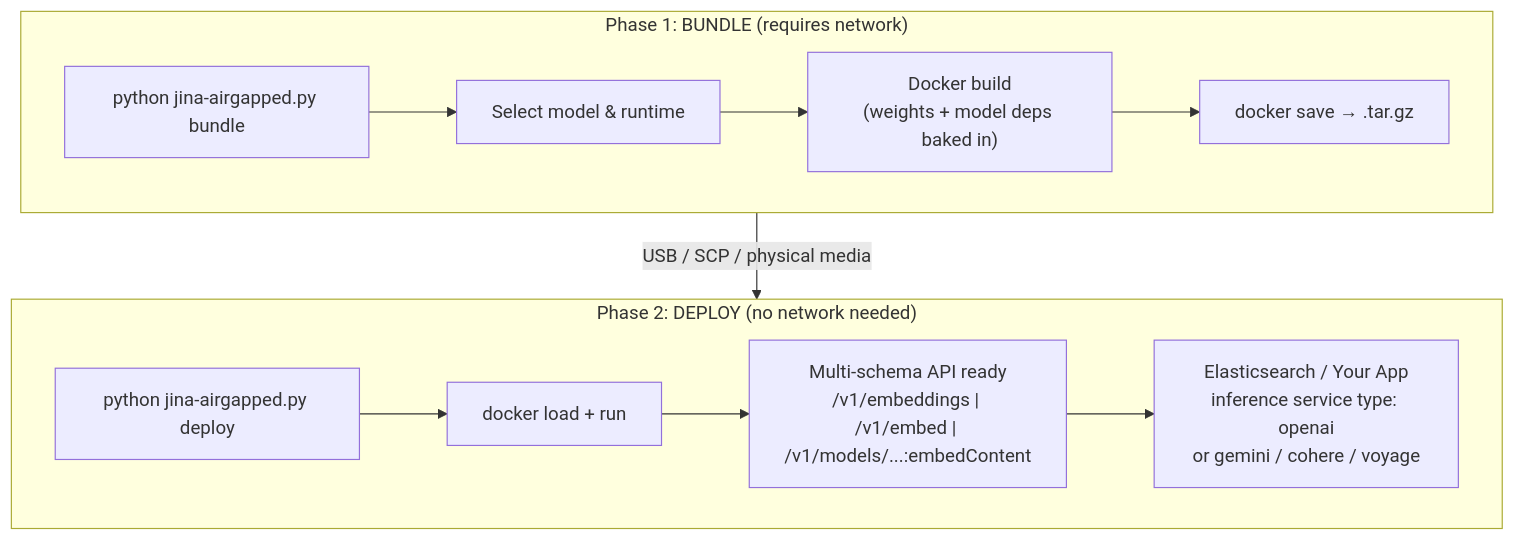
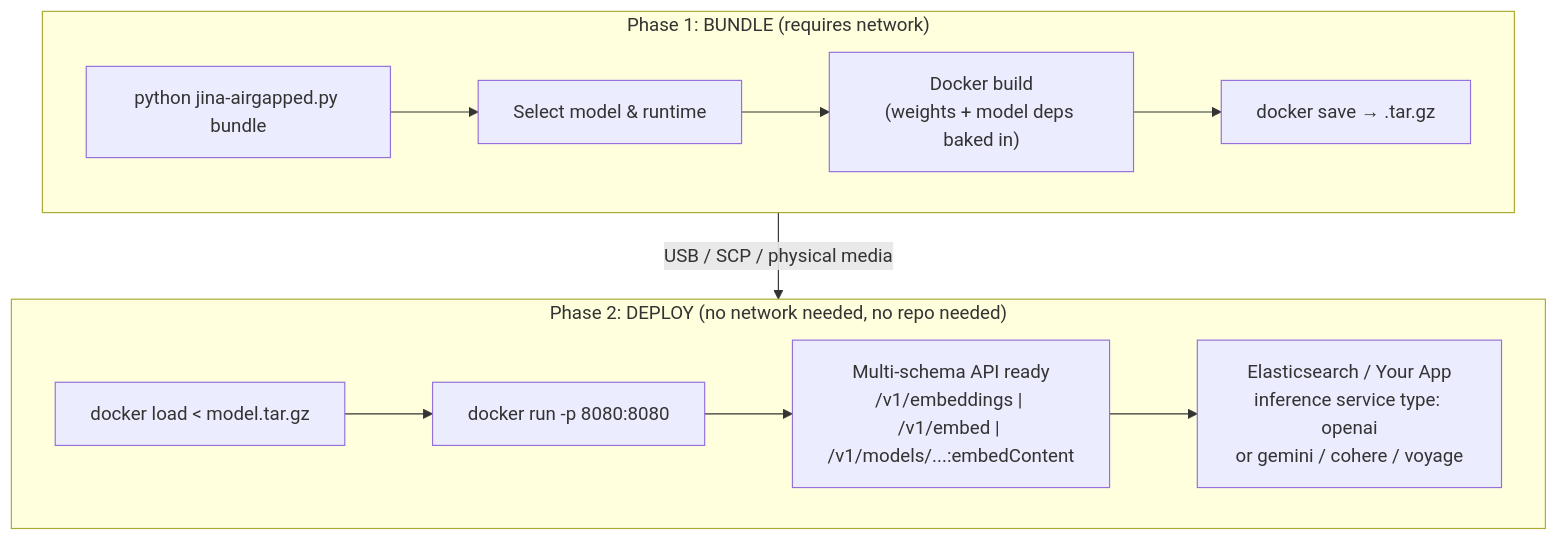
Before and after one commit to jina-ai/jina-on-prem: the diagram in README.md, drawn with Mermaid. The commit also changed other lines of this file and 1 other file, not shown here.

Commit message:
deploy phase: pure docker, no repo/script dependency

````diff
--- a/README.md
+++ b/README.md
@@ -5,16 +5,16 @@
 ```mermaid
 flowchart TB
     subgraph Phase1["Phase 1: BUNDLE (requires network)"]
         A["python jina-airgapped.py bundle"] --> B["Select model & runtime"]
         B --> C["Docker build\n(weights + model deps baked in)"]
         C --> D["docker save → .tar.gz"]
     end
 
     Phase1 -->|"USB / SCP / physical media"| Phase2
 
-    subgraph Phase2["Phase 2: DEPLOY (no network needed)"]
-        E["python jina-airgapped.py deploy"] --> F["docker load + run"]
+    subgraph Phase2["Phase 2: DEPLOY (no network needed, no repo needed)"]
+        E["docker load < model.tar.gz"] --> F["docker run -p 8080:8080"]
         F --> G["Multi-schema API ready\n/v1/embeddings | /v1/embed | /v1/models/...:embedContent"]
         G --> H["Elasticsearch / Your App\ninference service type: openai\nor gemini / cohere / voyage"]
     end
 ```
````
